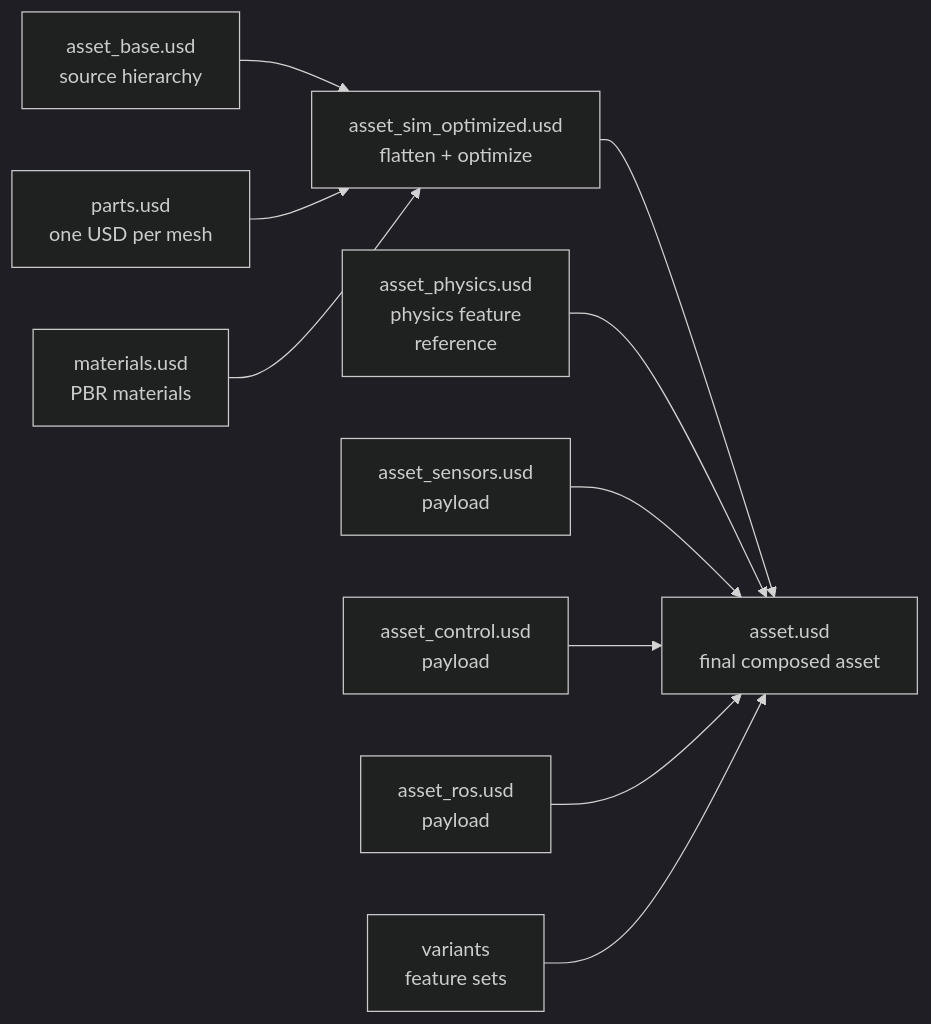
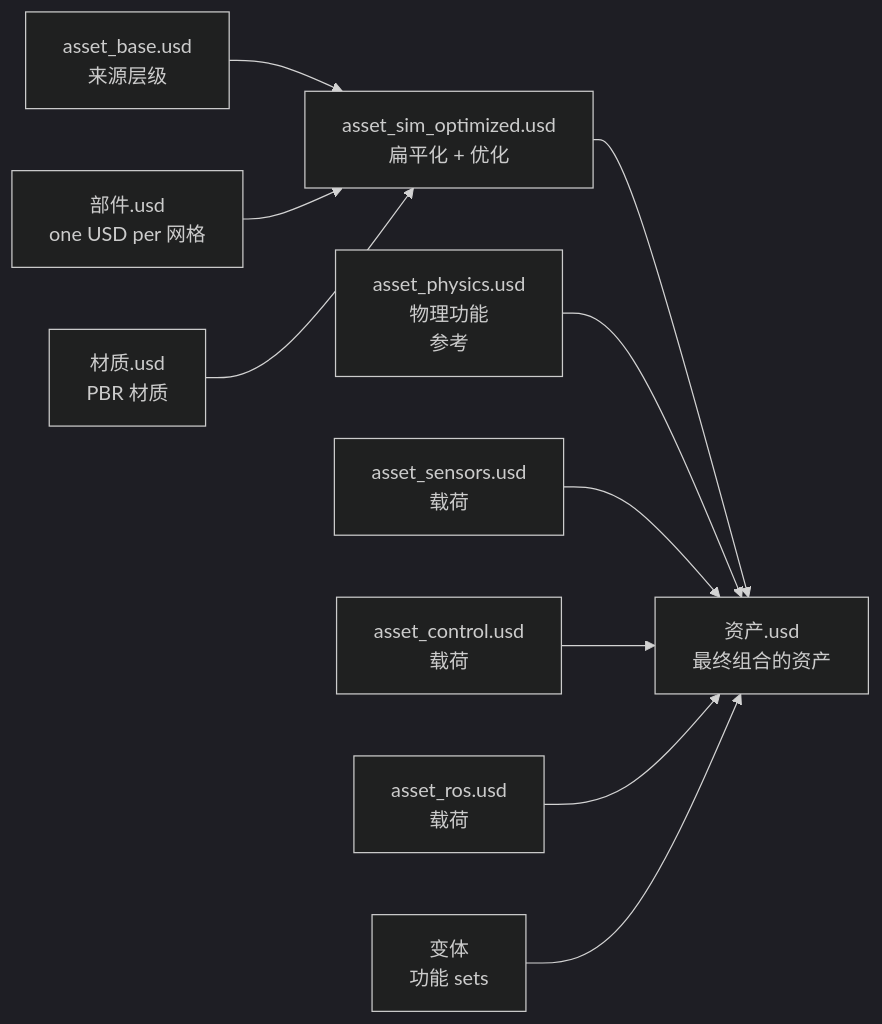
The first of 2 diagrams in wiki/concepts/IsaacSimLegacyAssetStructure.md (niuverse/llm-wiki), drawn with Mermaid (dark theme) before and after one commit. The commit also changed other lines of this file and 123 other files, not shown here.

````diff
--- a/wiki/concepts/IsaacSimLegacyAssetStructure.md
+++ b/wiki/concepts/IsaacSimLegacyAssetStructure.md
@@ -35,12 +35,12 @@
 ```mermaid
 flowchart LR
-  AB["asset_base.usd<br/>source hierarchy"] --> T["asset_sim_optimized.usd<br/>flatten + optimize"]
-  P["parts.usd<br/>one USD per mesh"] --> T
-  M["materials.usd<br/>PBR materials"] --> T
-  T --> A["asset.usd<br/>final composed asset"]
-  PH["asset_physics.usd<br/>physics feature<br/>reference"] --> A
-  S["asset_sensors.usd<br/>payload"] --> A
-  C["asset_control.usd<br/>payload"] --> A
-  R["asset_ros.usd<br/>payload"] --> A
-  V["variants<br/>feature sets"] --> A
+  AB["asset_base.usd<br/>来源层级"] --> T["asset_sim_optimized.usd<br/>扁平化 + 优化"]
+  P["部件.usd<br/>one USD per 网格"] --> T
+  M["材质.usd<br/>PBR 材质"] --> T
+  T --> A["资产.usd<br/>最终组合的资产"]
+  PH["asset_physics.usd<br/>物理功能<br/>参考"] --> A
+  S["asset_sensors.usd<br/>载荷"] --> A
+  C["asset_control.usd<br/>载荷"] --> A
+  R["asset_ros.usd<br/>载荷"] --> A
+  V["变体<br/>功能 sets"] --> A
 ```
````
